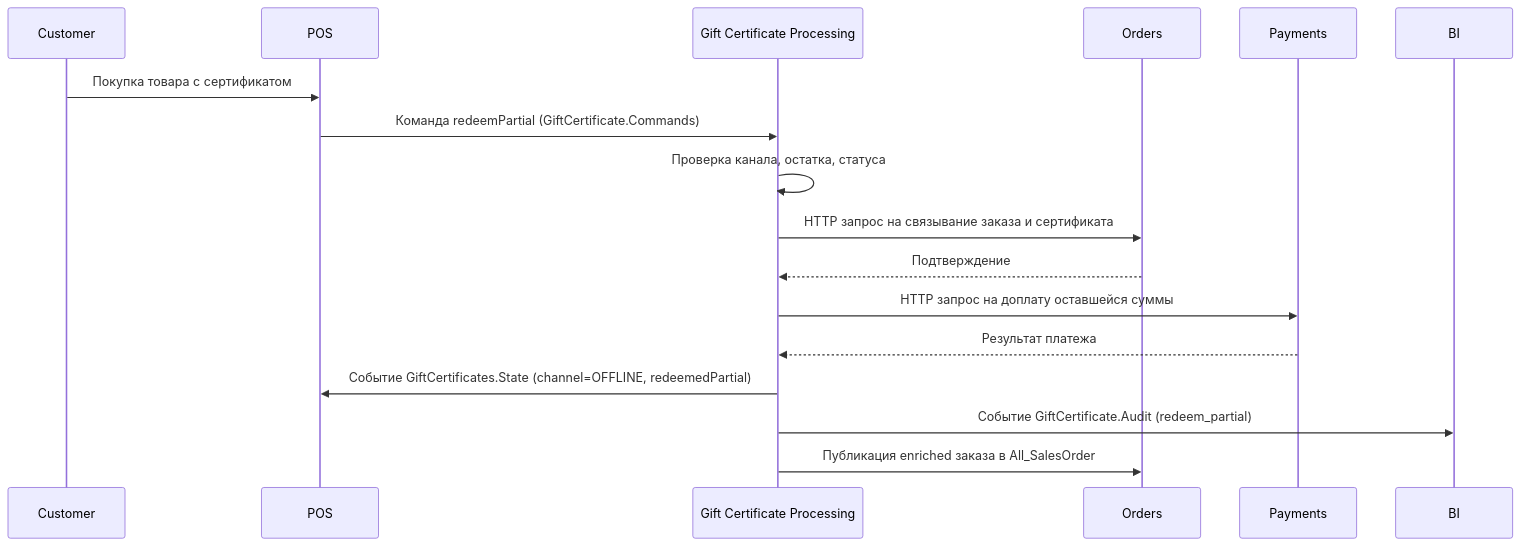
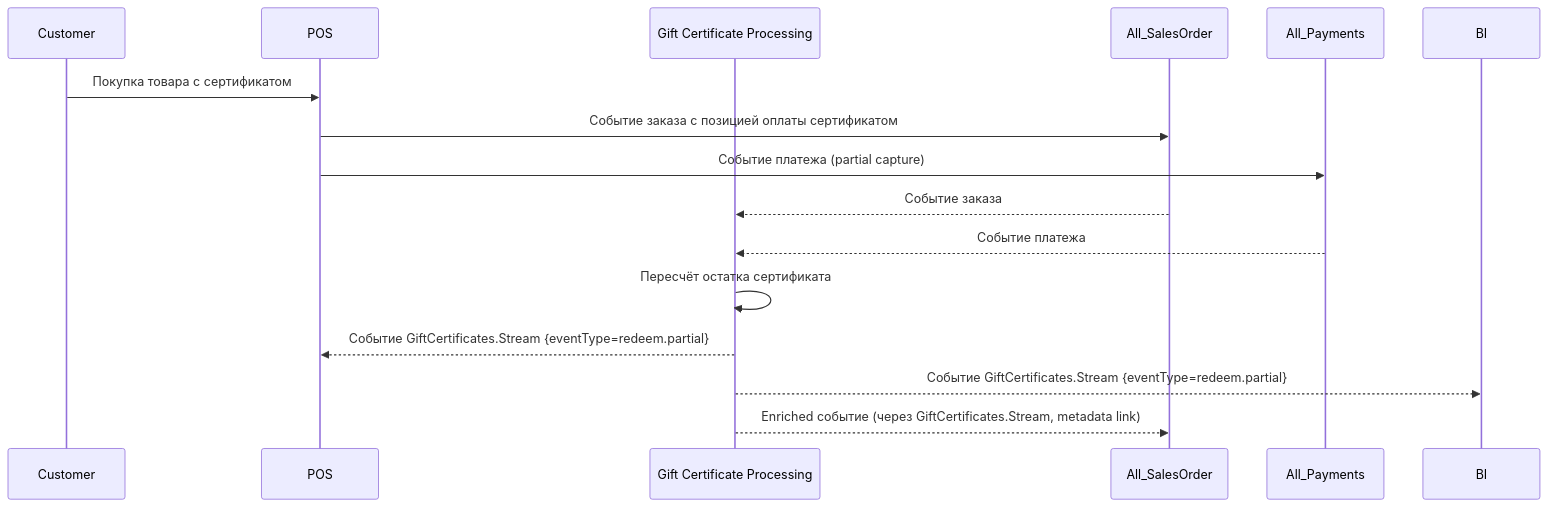
The diagram in specs/diagrams/sequence-redeem.mmd (dobryakov/gift-certs-example2), drawn with Mermaid before and after one commit. The commit also changed 16 other files, not shown here.

```diff
--- a/specs/diagrams/sequence-redeem.mmd
+++ b/specs/diagrams/sequence-redeem.mmd
@@ -1,19 +1,18 @@
 %% Mermaid sequence diagram: частичное списание подарочного сертификата в оффлайн-канале
 sequenceDiagram
     participant Customer
     participant POS
     participant GCP as Gift Certificate Processing
-    participant ORD as Orders
-    participant PAY as Payments
+    participant Orders as All_SalesOrder
+    participant Payments as All_Payments
     participant BI
 
     Customer->>POS: Покупка товара с сертификатом
-    POS->>GCP: Команда redeemPartial (GiftCertificate.Commands)
-    GCP->>GCP: Проверка канала, остатка, статуса
-    GCP->>ORD: HTTP запрос на связывание заказа и сертификата
-    ORD-->>GCP: Подтверждение
-    GCP->>PAY: HTTP запрос на доплату оставшейся суммы
-    PAY-->>GCP: Результат платежа
-    GCP->>POS: Событие GiftCertificates.State (channel=OFFLINE, redeemedPartial)
-    GCP->>BI: Событие GiftCertificate.Audit (redeem_partial)
-    GCP->>ORD: Публикация enriched заказа в All_SalesOrder
+    POS->>Orders: Событие заказа с позицией оплаты сертификатом
+    POS->>Payments: Событие платежа (partial capture)
+    Orders-->>GCP: Событие заказа
+    Payments-->>GCP: Событие платежа
+    GCP->>GCP: Пересчёт остатка сертификата
+    GCP-->>POS: Событие GiftCertificates.Stream {eventType=redeem.partial}
+    GCP-->>BI: Событие GiftCertificates.Stream {eventType=redeem.partial}
+    GCP-->>Orders: Enriched событие (через GiftCertificates.Stream, metadata link)
```
